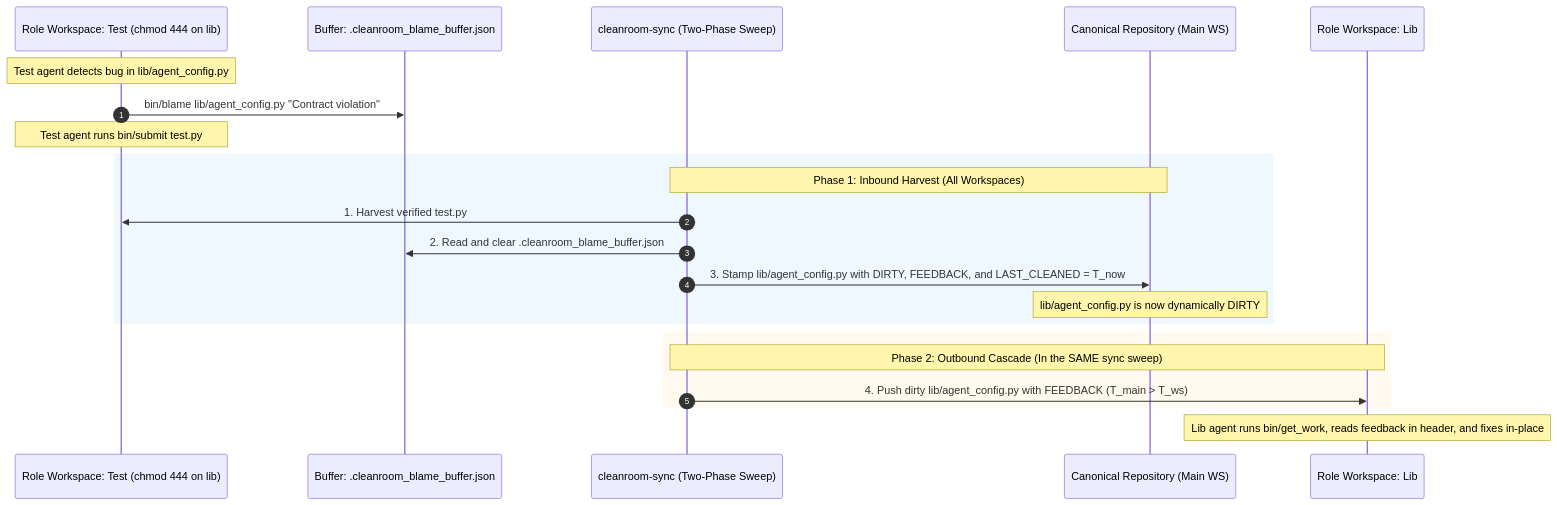
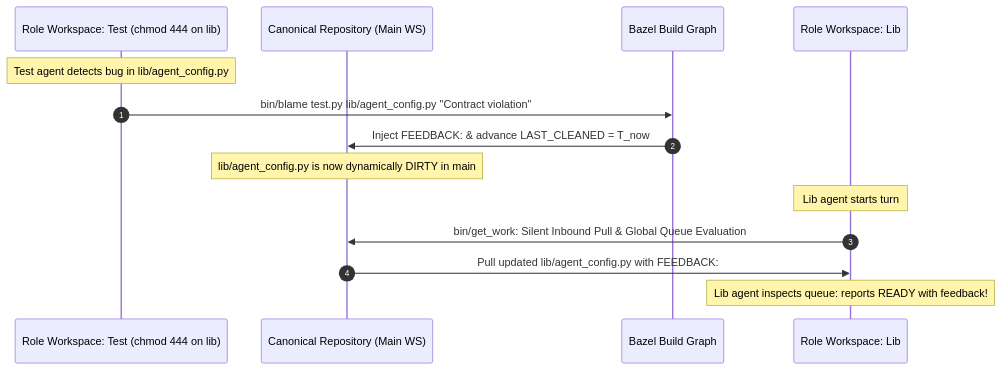
One commit to mcdirmid/cleanroom changed the third of 4 diagrams in design-docs/in_band_source_metadata.md. Above: the diagram before and after it, drawn with Mermaid. The commit also changed other lines of this file and 341 other files, not shown here.

````diff
--- a/design-docs/in_band_source_metadata.md
+++ b/design-docs/in_band_source_metadata.md
@@ -448,28 +425,18 @@
 ```mermaid
 sequenceDiagram
     autonumber
     participant TestWS as Role Workspace: Test (chmod 444 on lib)
-    participant Buffer as Buffer: .cleanroom_blame_buffer.json
-    participant MainSync as cleanroom-sync (Two-Phase Sweep)
     participant CanonRepo as Canonical Repository (Main WS)
+    participant Bazel as Bazel Build Graph
     participant LibWS as Role Workspace: Lib
 
     Note over TestWS: Test agent detects bug in lib/agent_config.py
-    TestWS->>Buffer: bin/blame lib/agent_config.py "Contract violation"
-    Note over TestWS: Test agent runs bin/submit test.py
+    TestWS->>Bazel: bin/blame test.py lib/agent_config.py "Contract violation"
+    Bazel->>CanonRepo: Inject FEEDBACK: & advance LAST_CLEANED = T_now
+    Note over CanonRepo: lib/agent_config.py is now dynamically DIRTY in main
 
-    rect rgb(240, 248, 255)
-    Note over MainSync,CanonRepo: Phase 1: Inbound Harvest (All Workspaces)
-    MainSync->>TestWS: 1. Harvest verified test.py
-    MainSync->>Buffer: 2. Read and clear .cleanroom_blame_buffer.json
-    MainSync->>CanonRepo: 3. Stamp lib/agent_config.py with DIRTY, FEEDBACK, and LAST_CLEANED = T_now
-    Note over CanonRepo: lib/agent_config.py is now dynamically DIRTY
-    end
-
-    rect rgb(255, 250, 240)
-    Note over MainSync,LibWS: Phase 2: Outbound Cascade (In the SAME sync sweep)
-    MainSync->>LibWS: 4. Push dirty lib/agent_config.py with FEEDBACK (T_main > T_ws)
-    end
-
-    Note over LibWS: Lib agent runs bin/get_work, reads feedback in header, and fixes in-place
+    Note over LibWS: Lib agent starts turn
+    LibWS->>CanonRepo: bin/get_work: Silent Inbound Pull & Global Queue Evaluation
+    CanonRepo->>LibWS: Pull updated lib/agent_config.py with FEEDBACK:
+    Note over LibWS: Lib agent inspects queue: reports READY with feedback!
 ```
````
